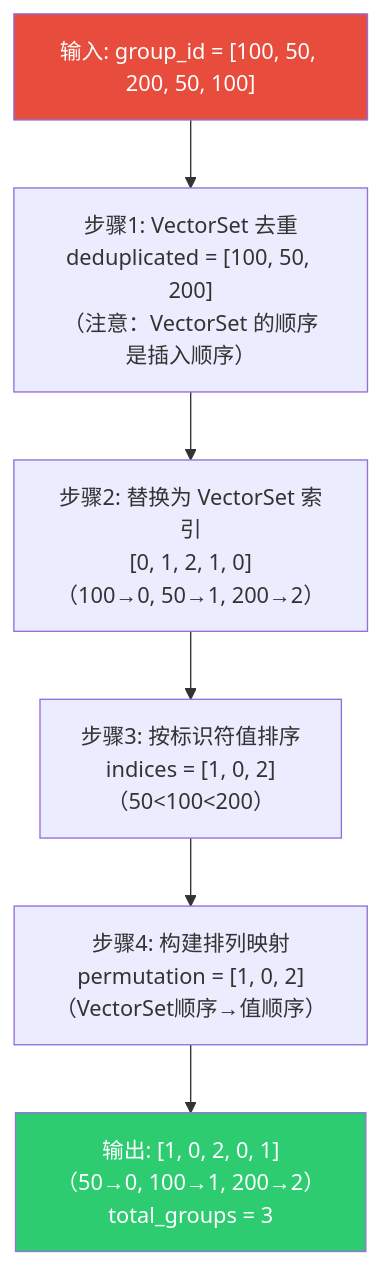
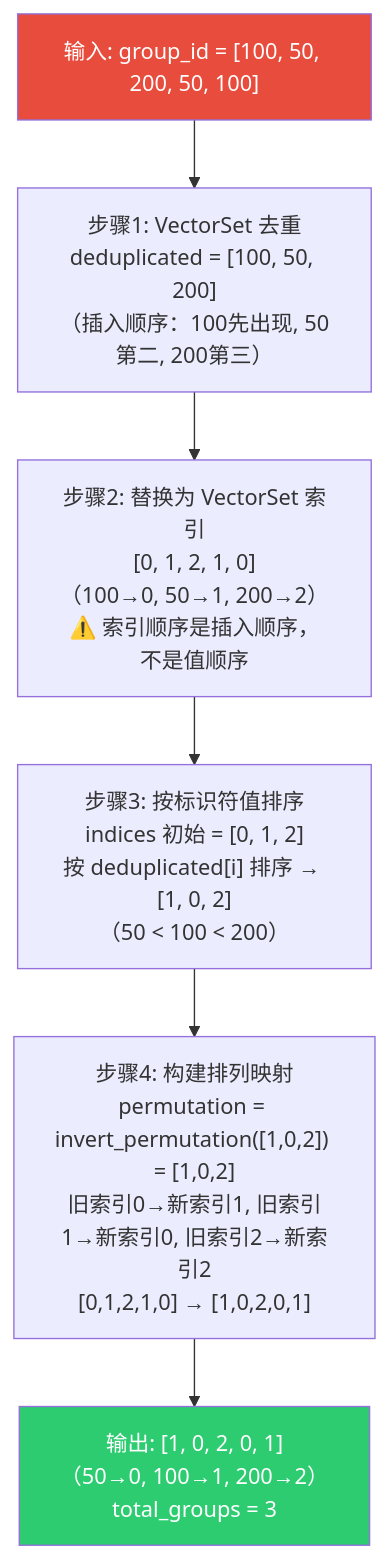
One commit to yunkezengren/blender-.vscode changed diagram 12 of 18 in 杂/markdown/几何节点-列表/07.5-SortList节点.md. Above: the diagram before and after it, drawn with Mermaid. The commit also changed other lines of this file and 2 other files, not shown here.

````diff
--- a/杂/markdown/几何节点-列表/07.5-SortList节点.md
+++ b/杂/markdown/几何节点-列表/07.5-SortList节点.md
@@ -935,19 +1351,19 @@
 ```mermaid
 flowchart TD
     INPUT["输入: group_id = [100, 50, 200, 50, 100]"]
-    
-    STEP1["步骤1: VectorSet 去重<br/>deduplicated = [100, 50, 200]<br/>（注意：VectorSet 的顺序是插入顺序）"]
-    
-    STEP2["步骤2: 替换为 VectorSet 索引<br/>[0, 1, 2, 1, 0]<br/>（100→0, 50→1, 200→2）"]
-    
-    STEP3["步骤3: 按标识符值排序<br/>indices = [1, 0, 2]<br/>（50<100<200）"]
-    
-    STEP4["步骤4: 构建排列映射<br/>permutation = [1, 0, 2]<br/>（VectorSet顺序→值顺序）"]
-    
+
+    STEP1["步骤1: VectorSet 去重<br/>deduplicated = [100, 50, 200]<br/>（插入顺序：100先出现, 50第二, 200第三）"]
+
+    STEP2["步骤2: 替换为 VectorSet 索引<br/>[0, 1, 2, 1, 0]<br/>（100→0, 50→1, 200→2）<br/>⚠️ 索引顺序是插入顺序，不是值顺序"]
+
+    STEP3["步骤3: 按标识符值排序<br/>indices 初始 = [0, 1, 2]<br/>按 deduplicated[i] 排序 → [1, 0, 2]<br/>（50 < 100 < 200）"]
+
+    STEP4["步骤4: 构建排列映射<br/>permutation = invert_permutation([1,0,2]) = [1,0,2]<br/>旧索引0→新索引1, 旧索引1→新索引0, 旧索引2→新索引2<br/>[0,1,2,1,0] → [1,0,2,0,1]"]
+
     OUTPUT["输出: [1, 0, 2, 0, 1]<br/>（50→0, 100→1, 200→2）<br/>total_groups = 3"]
-    
+
     INPUT --> STEP1 --> STEP2 --> STEP3 --> STEP4 --> OUTPUT
 
     style INPUT fill:#e74c3c,color:#fff
     style OUTPUT fill:#2ecc71,color:#fff
 ```
````
